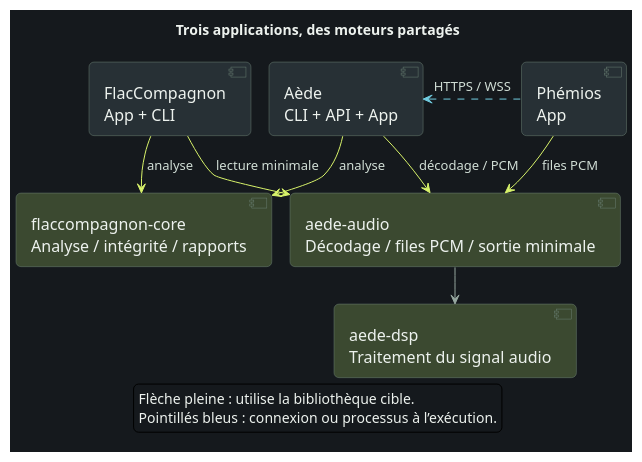
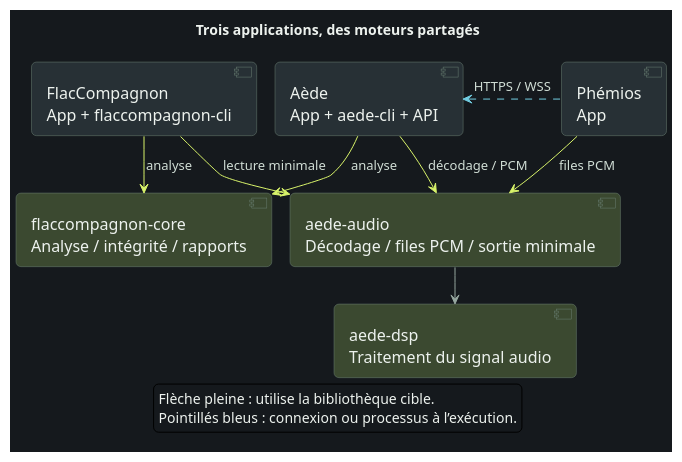
One commit to craft-and-code/aede changed the diagram in docs/diagrams/ecosystem/fr-overview.puml. Above: the diagram before and after it, drawn with PlantUML. The commit also changed 17 other files, not shown here.

Commit message:
Add complete ecosystem diagrams and clarify CLI ownership

```diff
--- a/docs/diagrams/ecosystem/fr-overview.puml
+++ b/docs/diagrams/ecosystem/fr-overview.puml
@@ -1,45 +1,45 @@
 @startuml fr-overview
 !pragma layout smetana
 skinparam backgroundColor #15191D
 skinparam defaultFontName SansSerif
 skinparam defaultFontSize 16
 skinparam defaultFontColor #EDF2EE
 skinparam shadowing false
 skinparam roundcorner 10
 skinparam componentStyle uml2
 skinparam ArrowColor #96A79F
 skinparam ArrowFontColor #D0DDD5
 skinparam ArrowFontSize 13
 skinparam packageStyle rectangle
 skinparam packageBackgroundColor #1E2528
 skinparam packageBorderColor #52655D
 skinparam packageFontColor #F1F5F2
 skinparam packageFontSize 19
 skinparam componentBackgroundColor #273035
 skinparam componentBorderColor #6A7F73
 skinparam componentFontColor #EDF2EE
 skinparam nodesep 30
 skinparam ranksep 35
 hide stereotype
 
 title Trois applications, des moteurs partagés
-component "FlacCompagnon\nApp + CLI" as Flac
-component "Aède\nCLI + API + App" as Aede
+component "FlacCompagnon\nApp + flaccompagnon-cli" as Flac
+component "Aède\nApp + aede-cli + API" as Aede
 component "Phémios\nApp" as Phemios
 component "flaccompagnon-core\nAnalyse / intégrité / rapports" as FCore #3B4930
 component "aede-audio\nDécodage / files PCM / sortie minimale" as AAudio #3B4930
 component "aede-dsp\nTraitement du signal audio" as ADsp #3B4930
 Flac -[hidden]right-> Aede
 Aede -[hidden]right-> Phemios
 Flac -[#D8F36A]-> FCore : analyse
 Aede -[#D8F36A]-> FCore : analyse
 Flac -[#D8F36A]-> AAudio : lecture minimale
 Aede -[#D8F36A]-> AAudio : décodage / PCM
 Phemios -[#D8F36A]-> AAudio : files PCM
 AAudio --> ADsp
 Phemios -[#71CDE1,dashed]left-> Aede : HTTPS / WSS
 legend bottom
 Flèche pleine : utilise la bibliothèque cible.
 Pointillés bleus : connexion ou processus à l’exécution.
 endlegend
 @enduml
```
